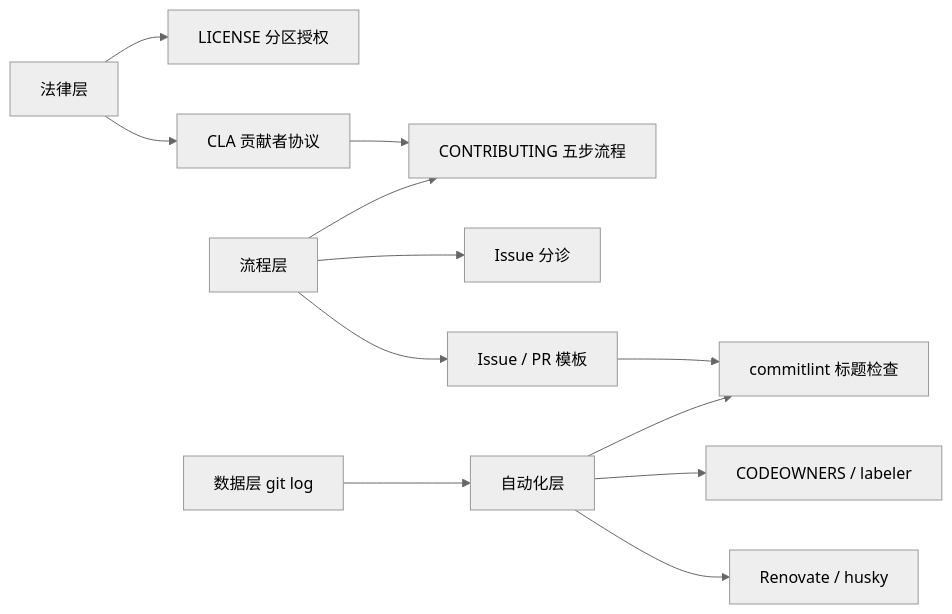
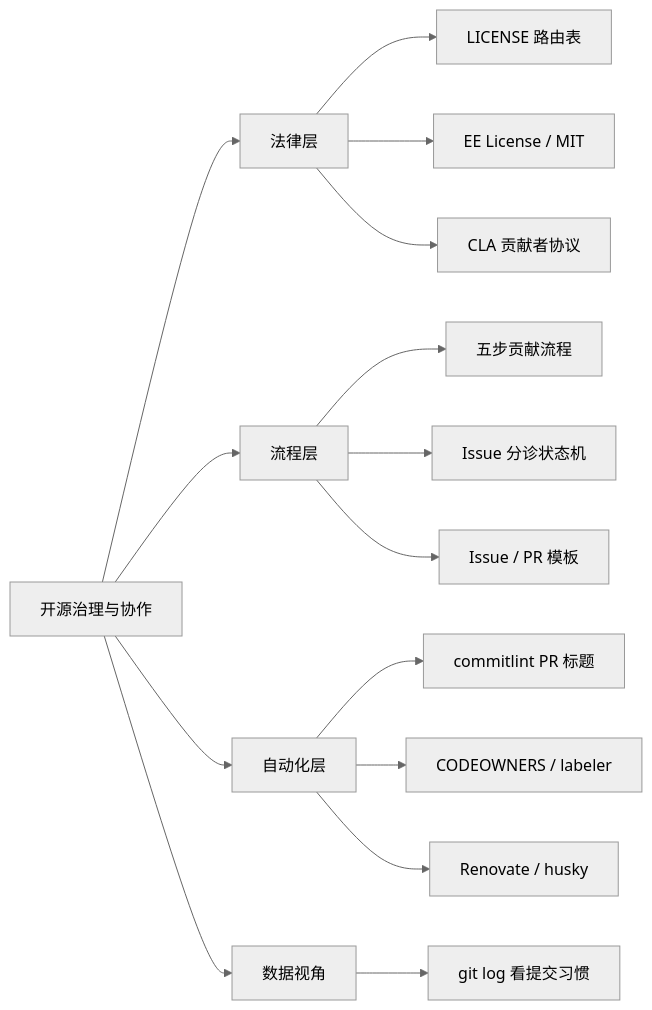
One commit to lfire/AFFiNE changed the first of 5 diagrams in learning-guide/slides/decks/03.md. Above: the diagram before and after it, drawn with Mermaid (neutral theme). The commit also changed other lines of this file and 46 other files, not shown here.

````diff
--- a/learning-guide/slides/decks/03.md
+++ b/learning-guide/slides/decks/03.md
@@ -58,14 +33,17 @@
 ```mermaid
 flowchart LR
-    LAW[法律层] --> LIC["LICENSE 分区授权"]
-    LAW --> CLA[CLA 贡献者协议]
-    FLOW[流程层] --> CON[CONTRIBUTING 五步流程]
-    FLOW --> TRI[Issue 分诊]
-    FLOW --> TPL["Issue / PR 模板"]
-    AUTO[自动化层] --> CL[commitlint 标题检查]
-    AUTO --> BOT["CODEOWNERS / labeler"]
-    AUTO --> REN["Renovate / husky"]
-    CLA --> CON
-    TPL --> CL
-    DATA["数据层 git log"] --> AUTO
+  ROOT["开源治理与协作"] --> L["法律层"]
+  ROOT --> F["流程层"]
+  ROOT --> A["自动化层"]
+  ROOT --> G["数据视角"]
+  L --> L1["LICENSE 路由表"]
+  L --> L2["EE License / MIT"]
+  L --> L3["CLA 贡献者协议"]
+  F --> F1["五步贡献流程"]
+  F --> F2["Issue 分诊状态机"]
+  F --> F3["Issue / PR 模板"]
+  A --> A1["commitlint PR 标题"]
+  A --> A2["CODEOWNERS / labeler"]
+  A --> A3["Renovate / husky"]
+  G --> G1["git log 看提交习惯"]
 ```
````
